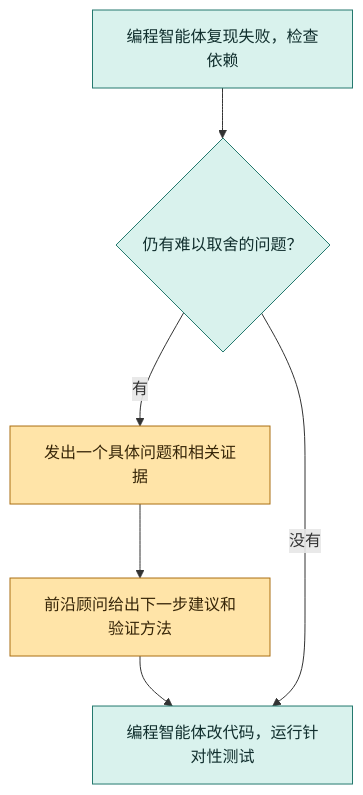
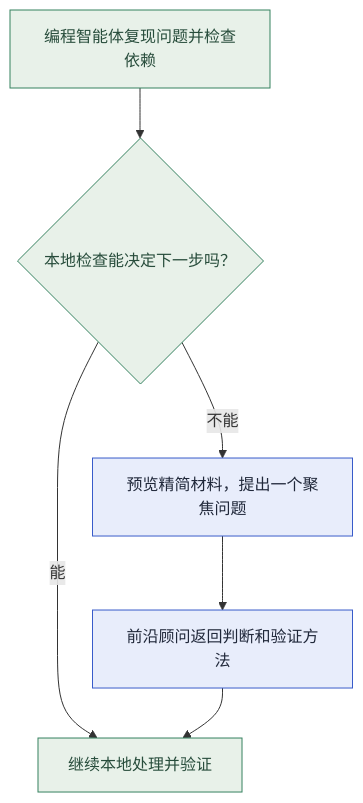
Before and after one commit to spot-advisor/spot-advisor: the diagram in README.zh-CN.md, drawn with Mermaid. The commit also changed other lines of this file and 5 other files, not shown here.

````diff
--- a/README.zh-CN.md
+++ b/README.zh-CN.md
@@ -22,12 +24,12 @@
-```mermaid
+~~~mermaid
 flowchart TB
-    A["编程智能体复现失败，检查依赖"] --> B{"仍有难以取舍的问题？"}
-    B -->|有| C["发出一个具体问题和相关证据"]
-    C --> D["前沿顾问给出下一步建议和验证方法"]
-    D --> E["编程智能体改代码，运行针对性测试"]
-    B -->|没有| E
-    classDef agent fill:#d9f2ed,stroke:#24796e,color:#102e2d
-    classDef advisor fill:#ffe4a8,stroke:#aa6e12,color:#362508
-    class A,B,E agent
+    A["编程智能体复现问题并检查依赖"] --> B{"本地检查能决定下一步吗？"}
+    B -->|能| F["继续本地处理并验证"]
+    B -->|不能| C["预览精简材料，提出一个聚焦问题"]
+    C --> D["前沿顾问返回判断和验证方法"]
+    D --> F
+    classDef executor fill:#e8f1e9,stroke:#35815f,color:#274c3b
+    classDef advisor fill:#e8edfb,stroke:#385bca,color:#20283a
+    class A,B,F executor
     class C,D advisor
-```
+~~~
````
